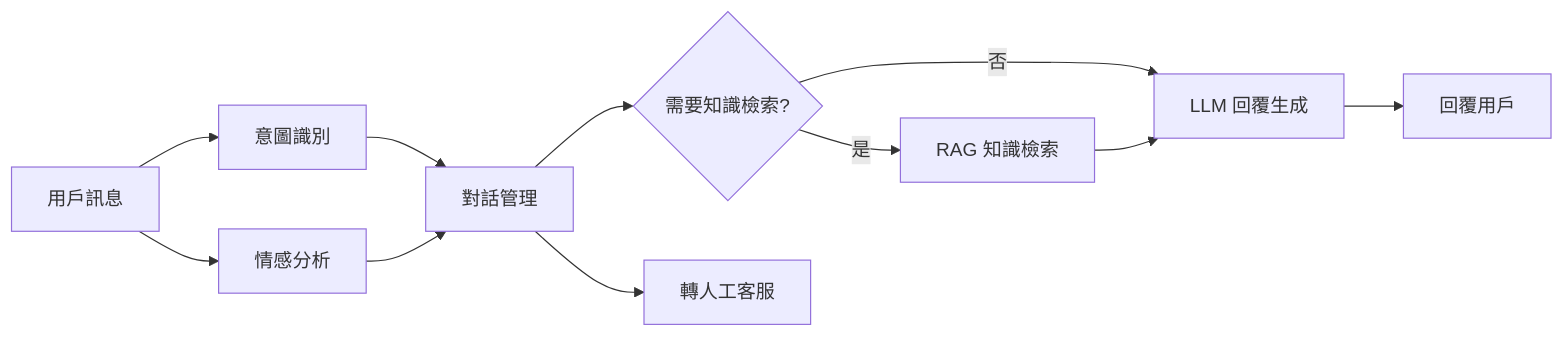
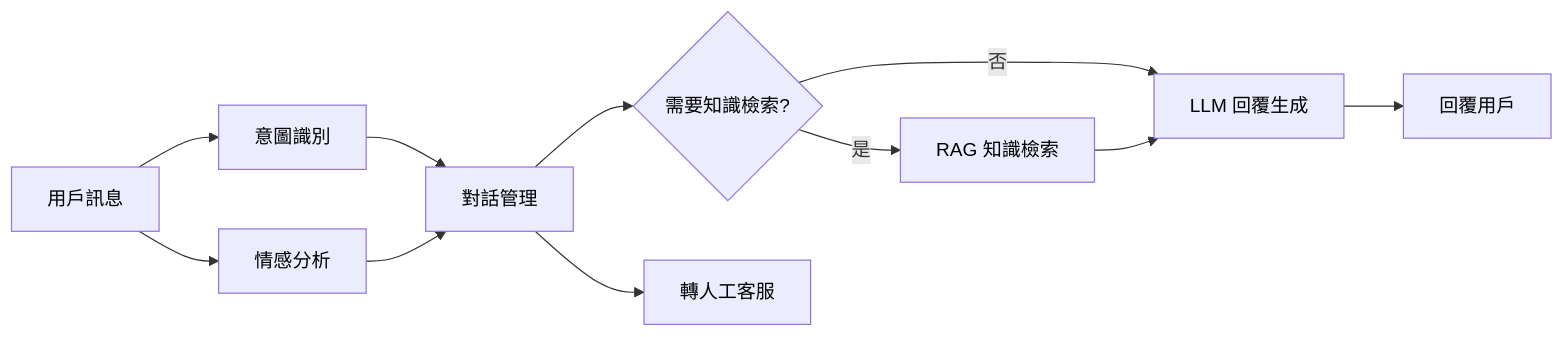
Before and after one commit to william0214/AI-Knowledge-Base: the diagram in 03_Architecture/客服機器人架構.md, drawn with Mermaid. The commit also changed 4 other files, not shown here.

Commit message:
style: Mermaid 圖淺色背景搭配深色文字

````diff
--- a/03_Architecture/客服機器人架構.md
+++ b/03_Architecture/客服機器人架構.md
@@ -11,13 +11,14 @@
 ```mermaid
 graph LR
     A[用戶訊息] --> B[意圖識別]
     A --> C[情感分析]
     B --> D[對話管理]
     C --> D
     D --> E{需要知識檢索?}
     E -->|是| F[RAG 知識檢索]
     E -->|否| G[LLM 回覆生成]
     F --> G
     G --> H[回覆用戶]
     D --> I[轉人工客服]
+    classDef default color:#000
 ```
````
